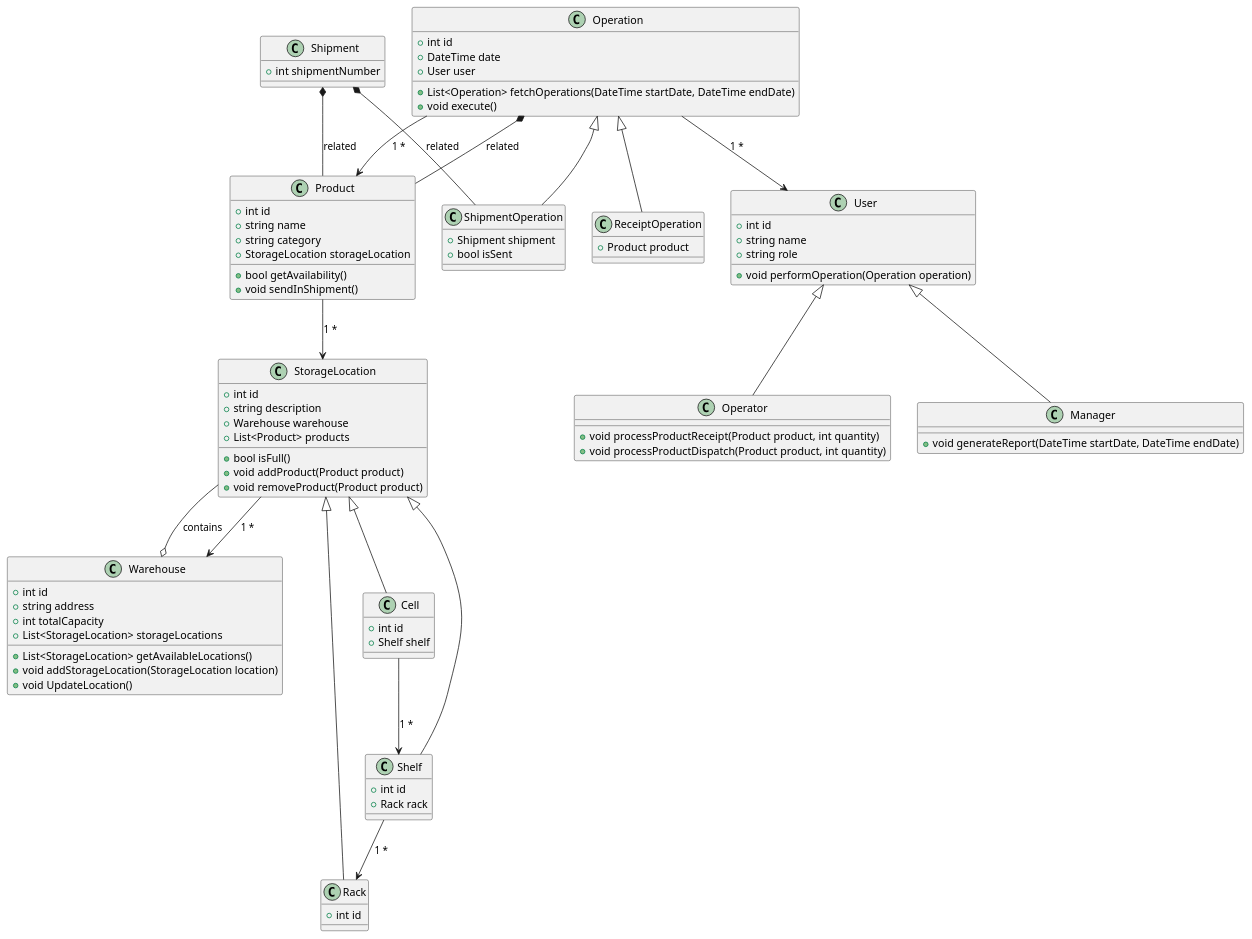
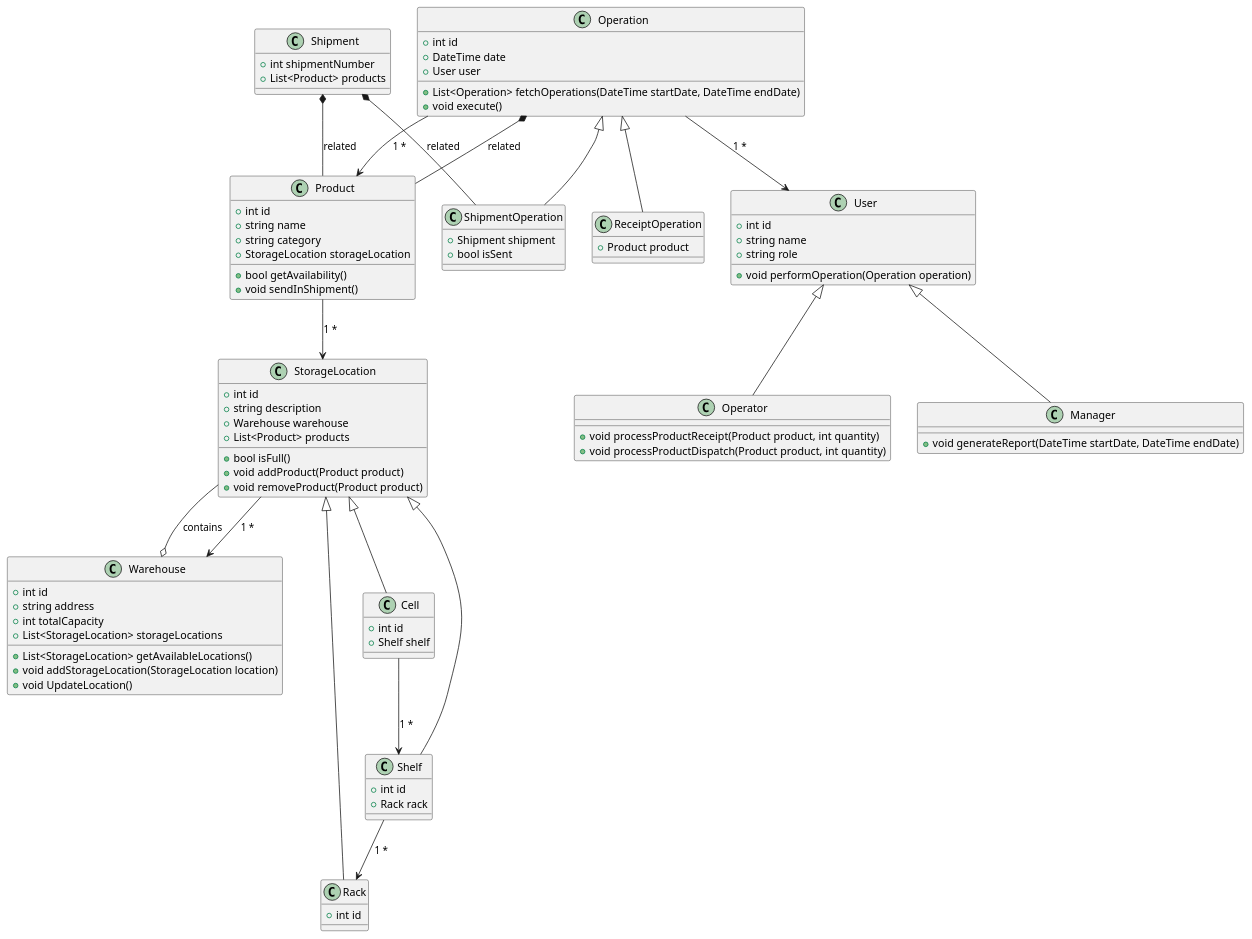
The diagram in Модель предметной области.md (penamarth/bsbo-01-22_team6_var6), drawn with PlantUML before and after one commit.

Commit message:
feat: updated class diagram

```diff
--- a/Модель предметной области.md
+++ b/Модель предметной области.md
@@ -81,6 +81,7 @@
 
 class Shipment{
     +int shipmentNumber
+    +List<Product> products
 }
 
 
```
